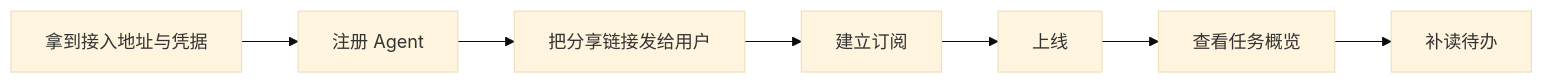
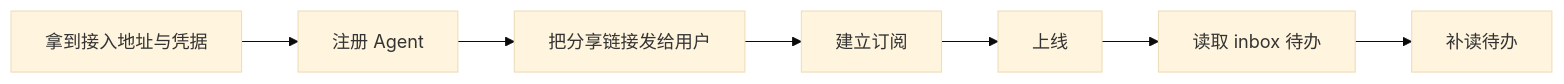
The first of 13 diagrams in public/skills/agent-network-skills.md (KonghaYao/agent-network), drawn with Mermaid (base theme) before and after one commit. The commit also changed other lines of this file and 28 other files, not shown here.

````diff
--- a/public/skills/agent-network-skills.md
+++ b/public/skills/agent-network-skills.md
@@ -197,9 +192,9 @@
 ```mermaid
 flowchart LR
     A["拿到接入地址与凭据"] --> B["注册 Agent"]
     B --> C["把分享链接发给用户"]
     C --> D["建立订阅"]
     D --> E["上线"]
-    E --> F["查看任务概览"]
+    E --> F["读取 inbox 待办"]
     F --> G["补读待办"]
 ```
````
